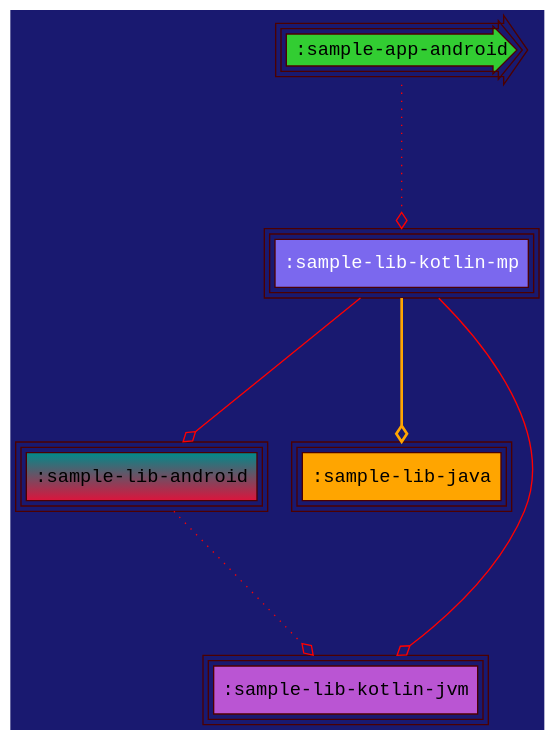
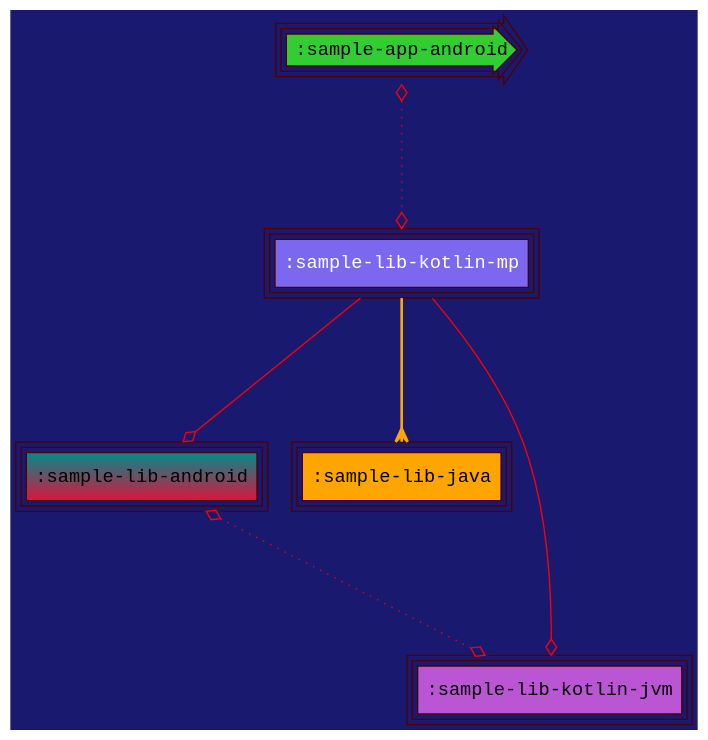
The diagram in samples/sample-graphviz/sample-lib-kotlin-mp/modular/chart.dot (jonapoul/atlas), drawn with Graphviz before and after one commit. The commit also changed 58 other files, not shown here.

```diff
--- a/samples/sample-graphviz/sample-lib-kotlin-mp/modular/chart.dot
+++ b/samples/sample-graphviz/sample-lib-kotlin-mp/modular/chart.dot
@@ -1,15 +1,15 @@
 digraph {
   edge [arrowhead="ediamond",arrowtail="none",color="red",labelfloat="true",fontcolor="lime"]
   graph [layout="dot",bgcolor="MidnightBlue",fontsize="30",rankdir="TB",ranksep="1.5"]
   node [fontname="Courier New",peripheries="3",style="filled",shape="box",color="#4C0000"]
   ":sample-app-android" [shape="rarrow",style="radial",fillcolor="limegreen"]
   ":sample-lib-android" [gradientangle="90",fillcolor="crimson:cyan4"]
   ":sample-lib-java" [fillcolor="orange"]
   ":sample-lib-kotlin-jvm" [fillcolor="mediumorchid"]
   ":sample-lib-kotlin-mp" [fontcolor="white",fillcolor="mediumslateblue"]
-  ":sample-app-android" -> ":sample-lib-kotlin-mp" [style="dotted"]
-  ":sample-lib-android" -> ":sample-lib-kotlin-jvm" [style="dotted"]
-  ":sample-lib-kotlin-mp" -> ":sample-lib-android" [style="solid"]
-  ":sample-lib-kotlin-mp" -> ":sample-lib-java" [style="bold",color="orange"]
-  ":sample-lib-kotlin-mp" -> ":sample-lib-kotlin-jvm" [style="solid"]
+  ":sample-app-android" -> ":sample-lib-kotlin-mp" [style="dotted",dir="both",arrowtail="ediamond"]
+  ":sample-lib-android" -> ":sample-lib-kotlin-jvm" [style="dotted",dir="both",arrowtail="ediamond"]
+  ":sample-lib-kotlin-mp" -> ":sample-lib-android" [style="solid",weight="5"]
+  ":sample-lib-kotlin-mp" -> ":sample-lib-java" [style="bold",color="orange",arrowhead="crow"]
+  ":sample-lib-kotlin-mp" -> ":sample-lib-kotlin-jvm" [style="solid",weight="5"]
 }
```
